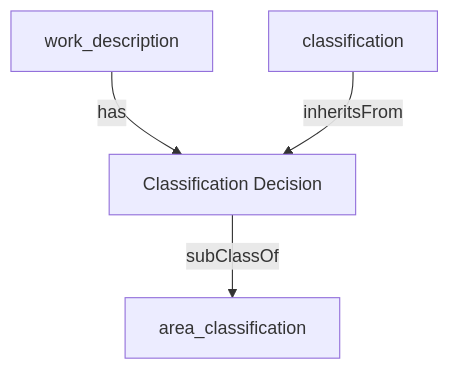
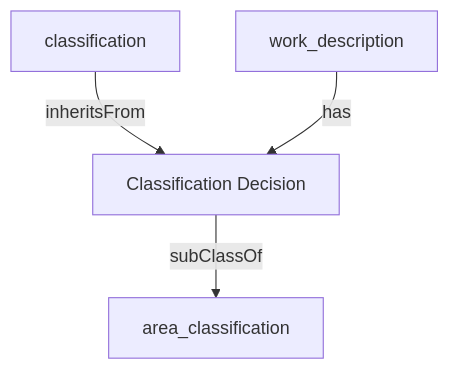
One commit to heidingaway/heidi2 changed the diagram in content/hr_data_model/classification_decision.md. Above: the diagram before and after it, drawn with Mermaid. The commit also changed other lines of this file and 350 other files, not shown here.

````diff
--- a/content/hr_data_model/classification_decision.md
+++ b/content/hr_data_model/classification_decision.md
@@ -21,10 +22,10 @@
 ```mermaid
 graph TD
   Classification_Decision["Classification Decision"]:::current-page-node
   area_classification["area_classification"]
   classification["classification"]
   work_description["work_description"]
   Classification_Decision-->|" subClassOf "|area_classification
+  classification-->|" inheritsFrom "|Classification_Decision
   work_description-->|" has "|Classification_Decision
-  classification-->|" inheritsFrom "|Classification_Decision
 ```
````
